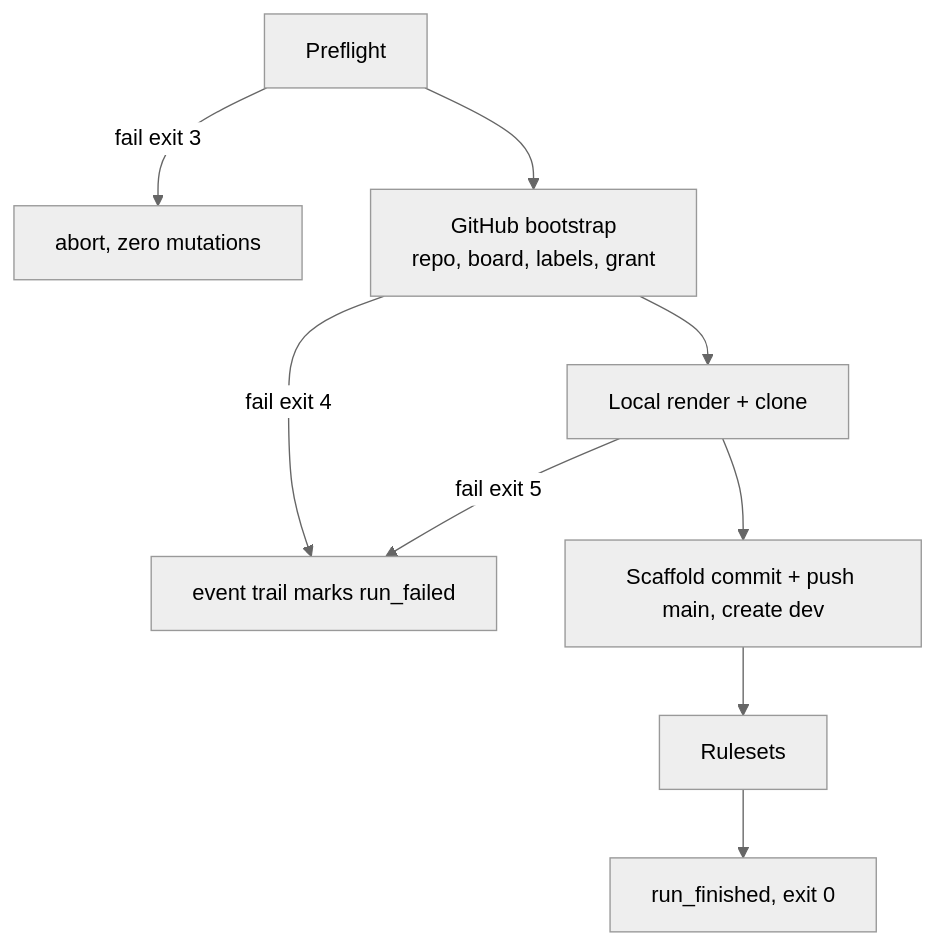
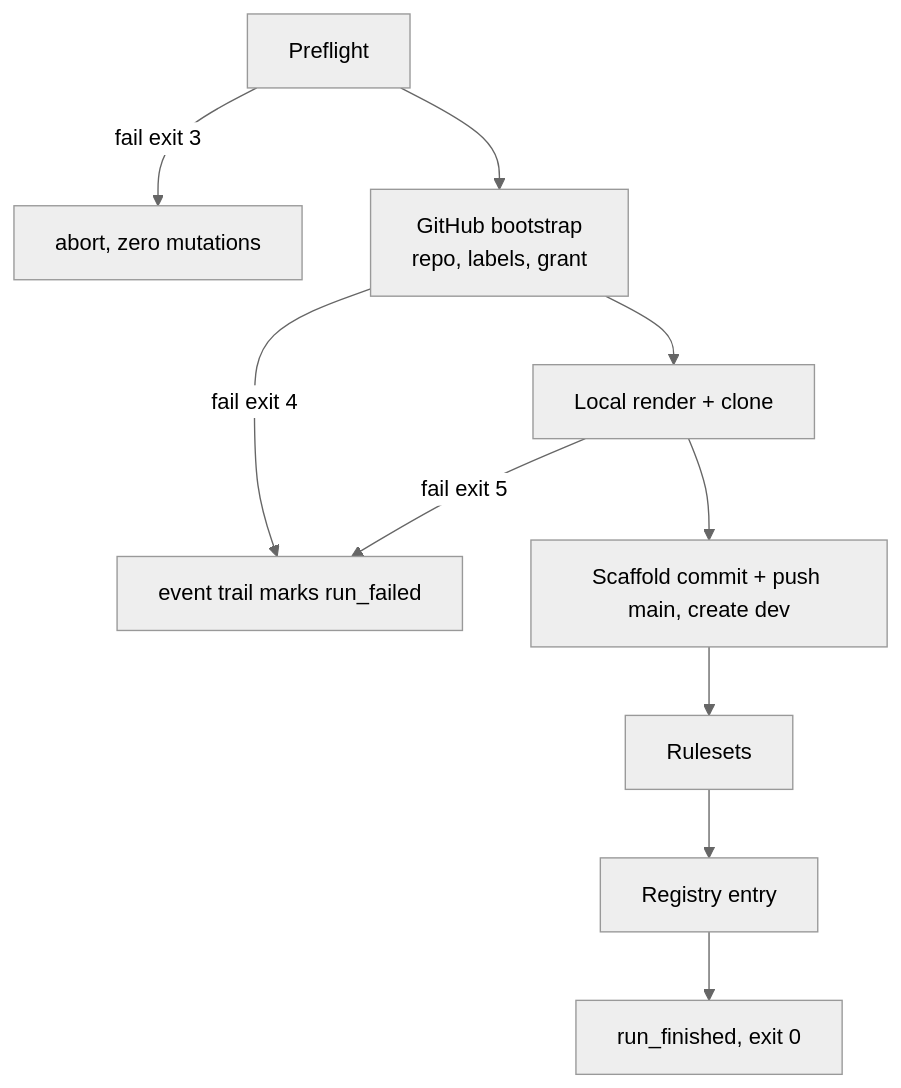
One commit to jasonyliu/vork changed the diagram in specs/spec_foundry.md. Above: the diagram before and after it, drawn with Mermaid (neutral theme). The commit also changed other lines of this file and 5 other files, not shown here.

Commit message:
draft: preview rulings — surface claude, install is the deployment, board dropped, JSON registry, plan gate and visibility

````diff
--- a/specs/spec_foundry.md
+++ b/specs/spec_foundry.md
@@ -9,11 +9,12 @@
 ```mermaid
 flowchart TD
     A[Preflight] -->|fail exit 3| Z[abort, zero mutations]
-    A --> B[GitHub bootstrap<br/>repo, board, labels, grant]
+    A --> B[GitHub bootstrap<br/>repo, labels, grant]
     B -->|fail exit 4| Y[event trail marks run_failed]
     B --> C[Local render + clone]
     C -->|fail exit 5| Y
     C --> D[Scaffold commit + push main, create dev]
     D --> E[Rulesets]
-    E --> H[run_finished, exit 0]
+    E --> R[Registry entry]
+    R --> H[run_finished, exit 0]
 ```
````
